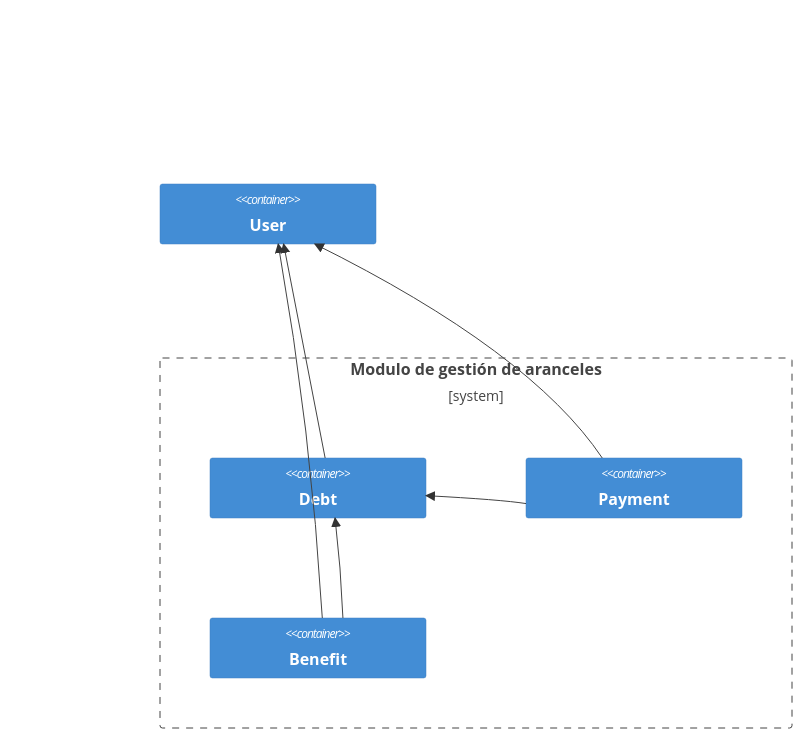
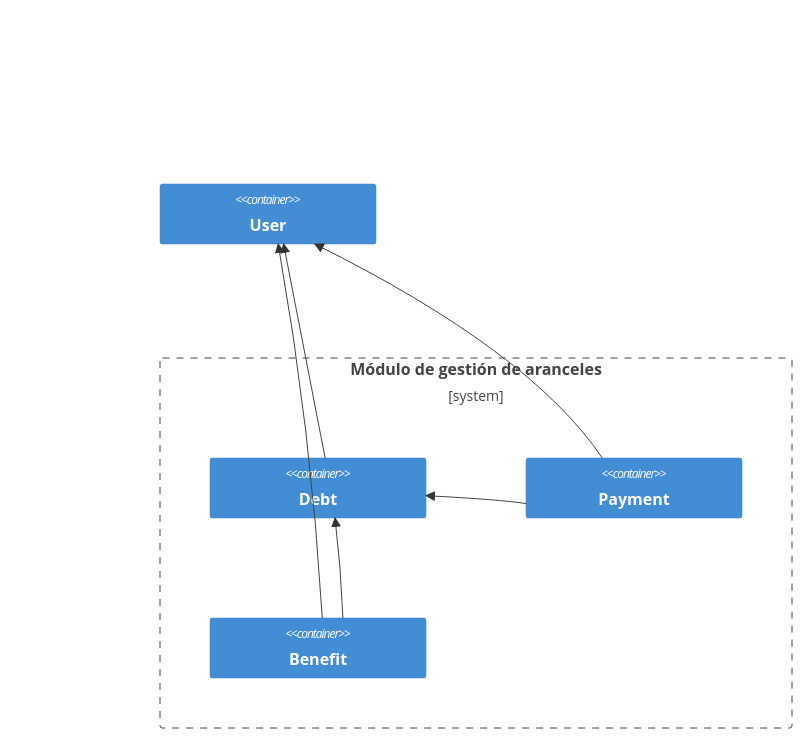
One commit to rmasad/microservicios changed the fourth of 5 diagrams in 03_Comunicación/ejemplo/README.md. Above: the diagram before and after it, drawn with Mermaid. The commit also changed other lines of this file and 84 other files, not shown here.

````diff
--- a/03_Comunicación/ejemplo/README.md
+++ b/03_Comunicación/ejemplo/README.md
@@ -379,16 +382,16 @@
 ```mermaid
     C4Context
-      Boundary(b3, "Modulo de gestión de aranceles") {
+      Boundary(b3, "Módulo de gestión de aranceles") {
         Container(debt, "Debt")
         Container(payment, "Payment")
         Container(benefit, "Benefit")
       }
 
       Container(users, "User")
 
       Rel(debt, users, "")
       Rel(payment, users, "")
       Rel(benefit, users, "")
       Rel(payment, debt, "")
       Rel(benefit, debt, "")
 ```
````
